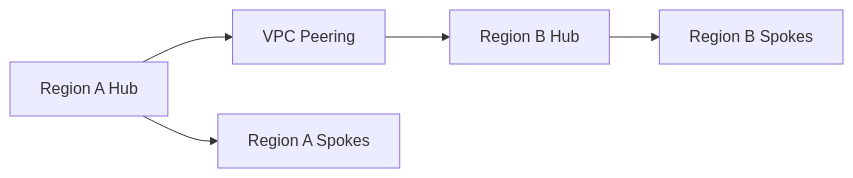
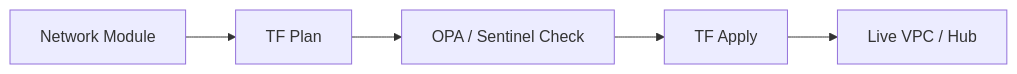
One commit to Devopstrio/terraform-enterprise-networking changed the ninth of 11 diagrams in README.md. Above: the diagram before and after it, drawn with Mermaid. The commit also changed other lines of this file, not shown here.

Commit message:
docs: implement 11+ professional architecture diagrams for enterprise networking

````diff
--- a/README.md
+++ b/README.md
@@ -112,7 +207,7 @@
 ```mermaid
 graph LR
-    R1[Region A Hub] --> Peer[VPC Peering]
-    Peer --> R2[Region B Hub]
-    R1 --> S1[Region A Spokes]
-    R2 --> S2[Region B Spokes]
+    HCL[Network Module] --> Plan[TF Plan]
+    Plan --> Policy[OPA / Sentinel Check]
+    Policy --> Apply[TF Apply]
+    Apply --> Resource[Live VPC / Hub]
 ```
````
